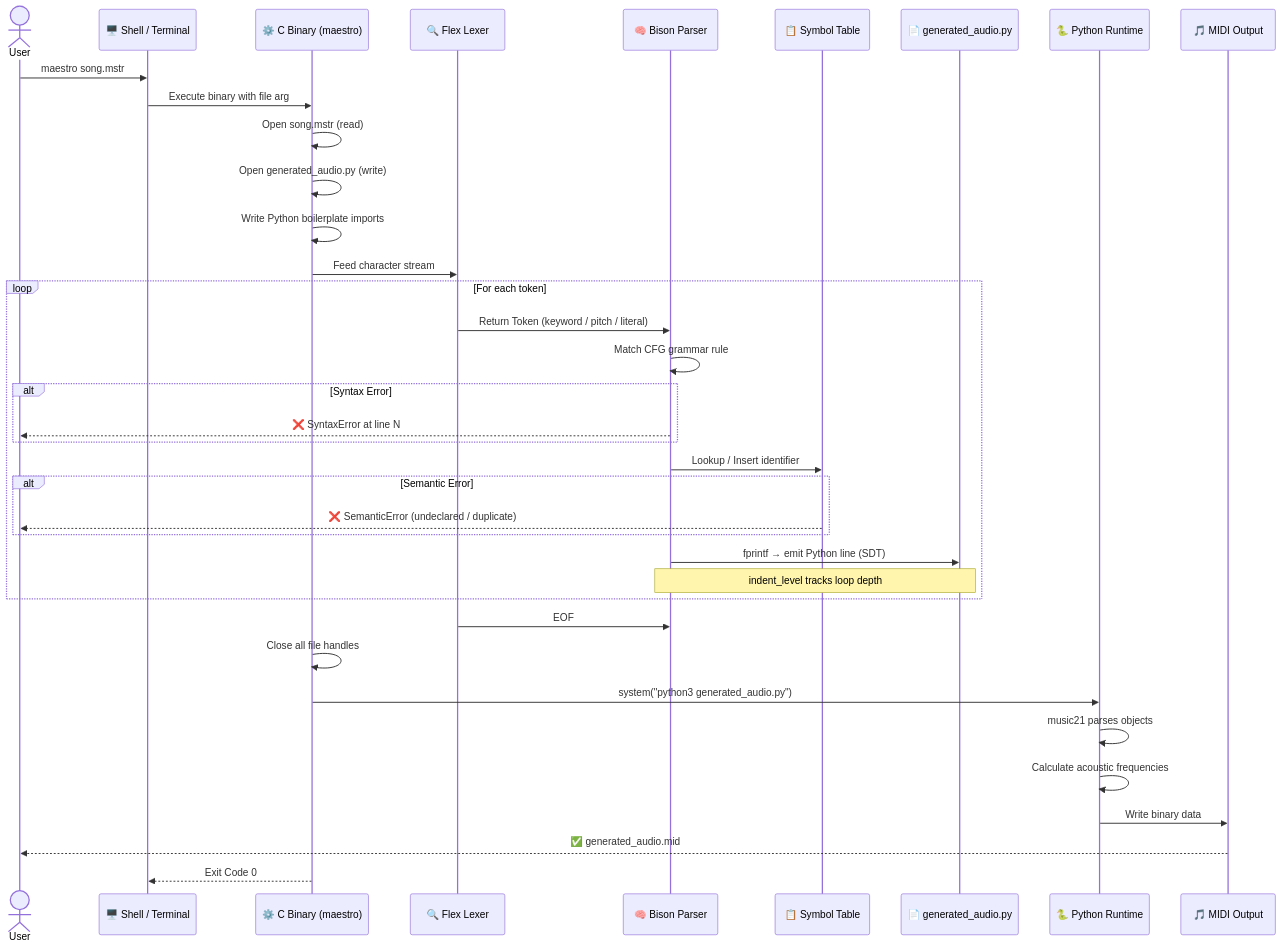
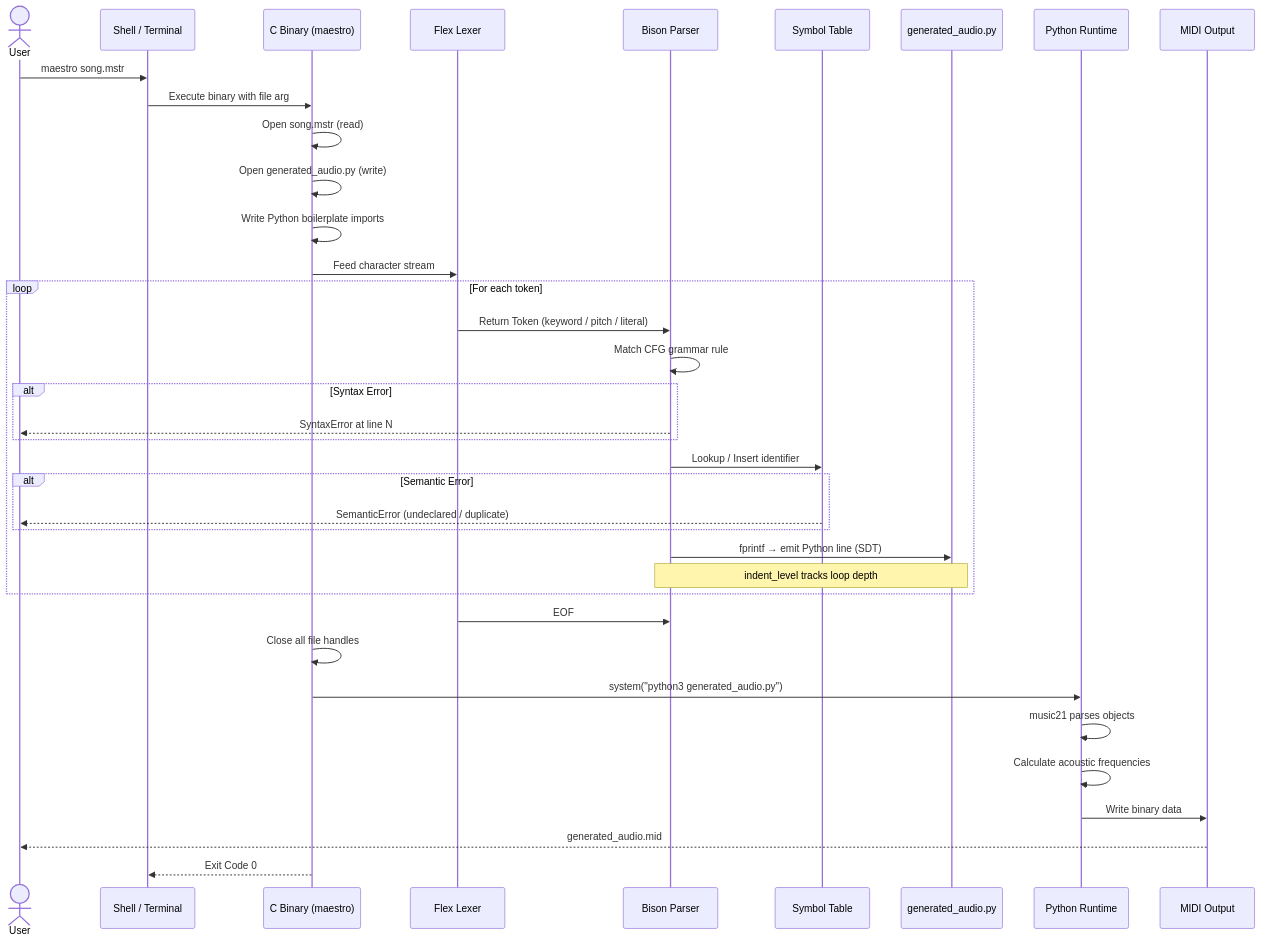
The second of 2 diagrams in README.md (simply-mihir/Maestrolang), drawn with Mermaid before and after one commit. The commit also changed other lines of this file, not shown here.

````diff
--- a/README.md
+++ b/README.md
@@ -131,45 +131,45 @@
 ```mermaid
 sequenceDiagram
     actor User
-    participant Shell as 🖥️ Shell / Terminal
-    participant C as ⚙️ C Binary (maestro)
-    participant Flex as 🔍 Flex Lexer
-    participant Bison as 🧠 Bison Parser
-    participant SymTable as 📋 Symbol Table
-    participant PyFile as 📄 generated_audio.py
-    participant Python as 🐍 Python Runtime
-    participant MIDI as 🎵 MIDI Output
+    participant Shell as  Shell / Terminal
+    participant C as  C Binary (maestro)
+    participant Flex as  Flex Lexer
+    participant Bison as  Bison Parser
+    participant SymTable as  Symbol Table
+    participant PyFile as  generated_audio.py
+    participant Python as  Python Runtime
+    participant MIDI as  MIDI Output
 
     User->>Shell: maestro song.mstr
     Shell->>C: Execute binary with file arg
 
     C->>C: Open song.mstr (read)
     C->>C: Open generated_audio.py (write)
     C->>C: Write Python boilerplate imports
 
     C->>Flex: Feed character stream
     loop For each token
         Flex->>Bison: Return Token (keyword / pitch / literal)
         Bison->>Bison: Match CFG grammar rule
         alt Syntax Error
-            Bison-->>User: ❌ SyntaxError at line N
+            Bison-->>User:  SyntaxError at line N
         end
         Bison->>SymTable: Lookup / Insert identifier
         alt Semantic Error
-            SymTable-->>User: ❌ SemanticError (undeclared / duplicate)
+            SymTable-->>User:  SemanticError (undeclared / duplicate)
         end
         Bison->>PyFile: fprintf → emit Python line (SDT)
         Note over Bison,PyFile: indent_level tracks loop depth
     end
 
     Flex->>Bison: EOF
     C->>C: Close all file handles
     C->>Python: system("python3 generated_audio.py")
 
     Python->>Python: music21 parses objects
     Python->>Python: Calculate acoustic frequencies
     Python->>MIDI: Write binary data
 
-    MIDI-->>User: ✅ generated_audio.mid
+    MIDI-->>User:  generated_audio.mid
     C-->>Shell: Exit Code 0
 ```
````
